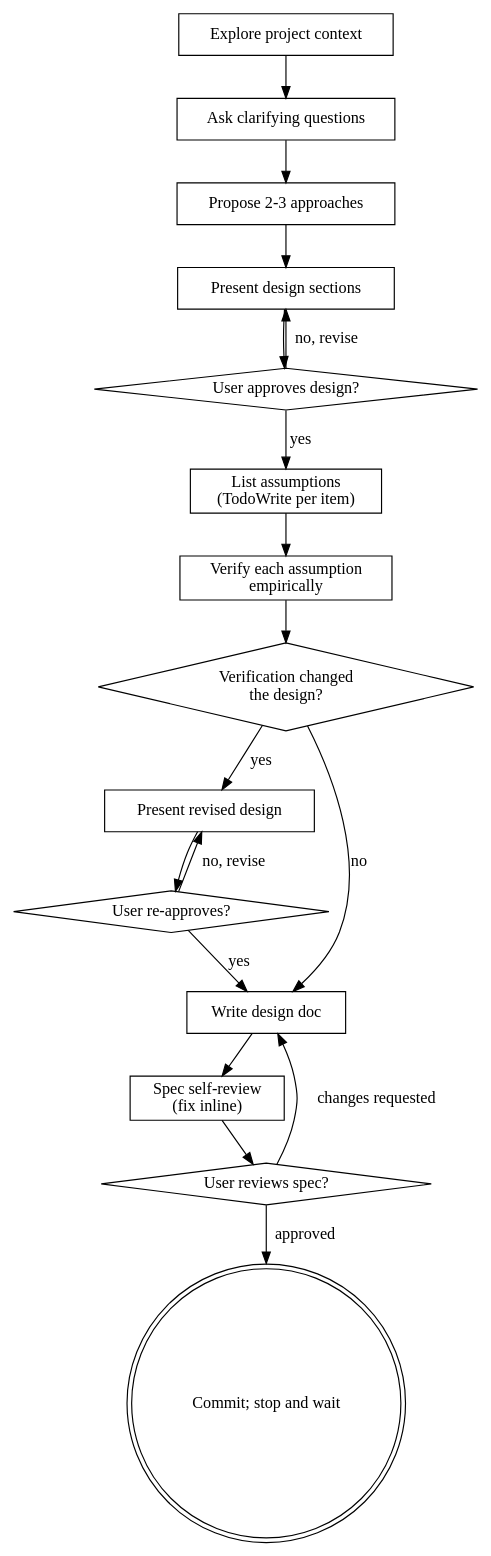
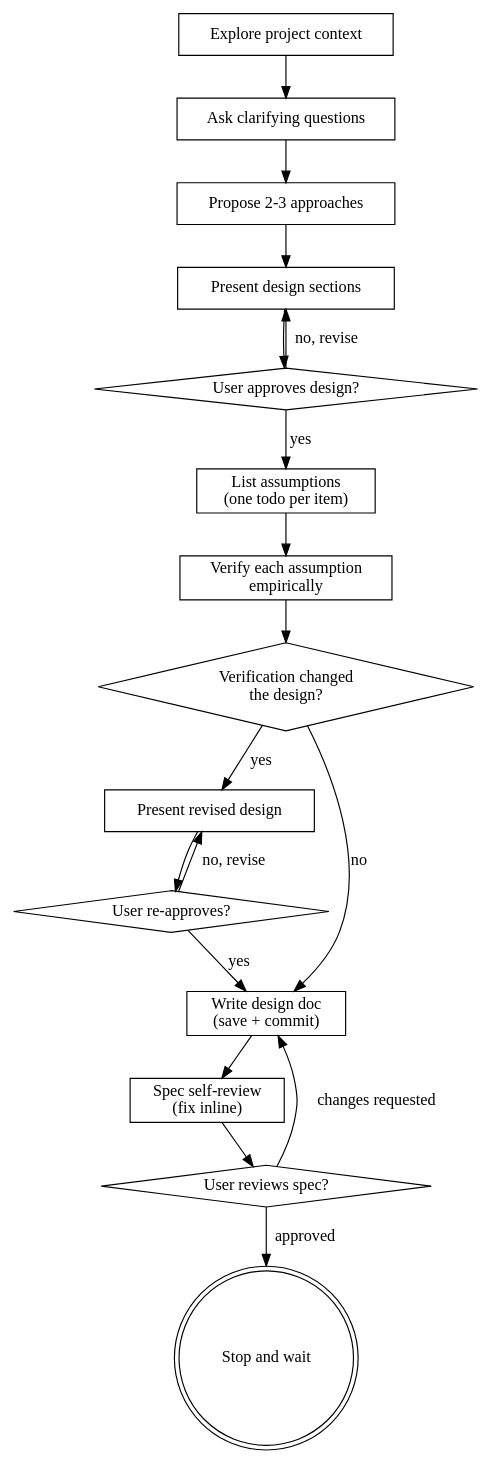
Before and after one commit to yv01p/peters-toolkit: the diagram in skills/thorough-brainstorming/SKILL.md, drawn with Graphviz. The commit also changed other lines of this file and 4 other files, not shown here.

First line of the commit message:
fix(tb,twp): diagram/checklist commit-placement contradiction, stale UIP-Changelog cross-ref, vendor-neutral todo phrasing — TB/TWP 2.1.1, plugin 2.2.1

````diff
--- a/skills/thorough-brainstorming/SKILL.md
+++ b/skills/thorough-brainstorming/SKILL.md
@@ -44,36 +44,36 @@
 ```dot
 digraph thorough_brainstorming {
     "Explore project context" [shape=box];
     "Ask clarifying questions" [shape=box];
     "Propose 2-3 approaches" [shape=box];
     "Present design sections" [shape=box];
     "User approves design?" [shape=diamond];
-    "List assumptions\n(TodoWrite per item)" [shape=box];
+    "List assumptions\n(one todo per item)" [shape=box];
     "Verify each assumption\nempirically" [shape=box];
     "Verification changed\nthe design?" [shape=diamond];
     "Present revised design" [shape=box];
     "User re-approves?" [shape=diamond];
-    "Write design doc" [shape=box];
+    "Write design doc\n(save + commit)" [shape=box];
     "Spec self-review\n(fix inline)" [shape=box];
     "User reviews spec?" [shape=diamond];
-    "Commit; stop and wait" [shape=doublecircle];
+    "Stop and wait" [shape=doublecircle];
 
     "Explore project context" -> "Ask clarifying questions";
     "Ask clarifying questions" -> "Propose 2-3 approaches";
     "Propose 2-3 approaches" -> "Present design sections";
     "Present design sections" -> "User approves design?";
     "User approves design?" -> "Present design sections" [label="no, revise"];
-    "User approves design?" -> "List assumptions\n(TodoWrite per item)" [label="yes"];
-    "List assumptions\n(TodoWrite per item)" -> "Verify each assumption\nempirically";
+    "User approves design?" -> "List assumptions\n(one todo per item)" [label="yes"];
+    "List assumptions\n(one todo per item)" -> "Verify each assumption\nempirically";
     "Verify each assumption\nempirically" -> "Verification changed\nthe design?";
     "Verification changed\nthe design?" -> "Present revised design" [label="yes"];
-    "Verification changed\nthe design?" -> "Write design doc" [label="no"];
+    "Verification changed\nthe design?" -> "Write design doc\n(save + commit)" [label="no"];
     "Present revised design" -> "User re-approves?";
     "User re-approves?" -> "Present revised design" [label="no, revise"];
-    "User re-approves?" -> "Write design doc" [label="yes"];
-    "Write design doc" -> "Spec self-review\n(fix inline)";
+    "User re-approves?" -> "Write design doc\n(save + commit)" [label="yes"];
+    "Write design doc\n(save + commit)" -> "Spec self-review\n(fix inline)";
     "Spec self-review\n(fix inline)" -> "User reviews spec?";
-    "User reviews spec?" -> "Write design doc" [label="changes requested"];
-    "User reviews spec?" -> "Commit; stop and wait" [label="approved"];
+    "User reviews spec?" -> "Write design doc\n(save + commit)" [label="changes requested"];
+    "User reviews spec?" -> "Stop and wait" [label="approved"];
 }
 ```
````
